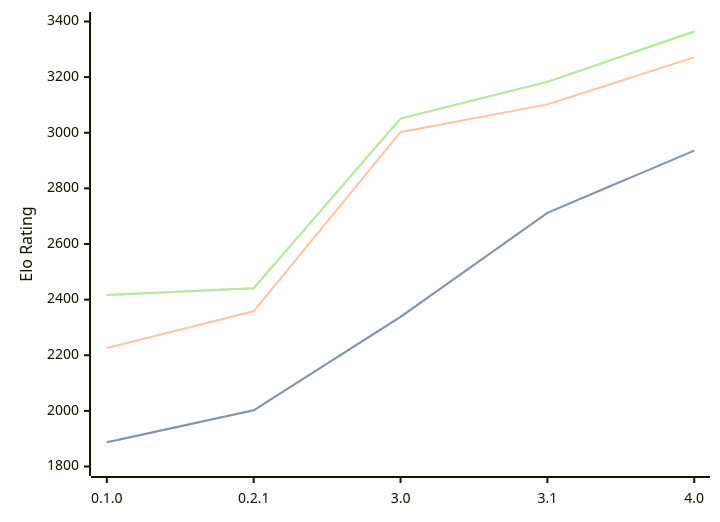
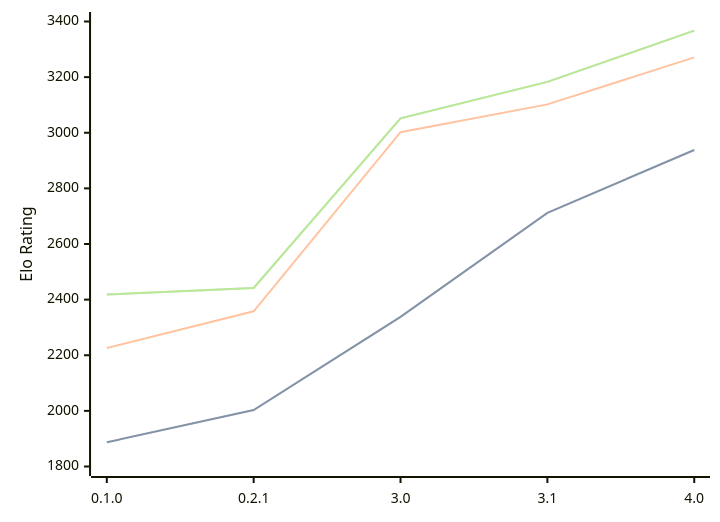
One commit to computer-chess-index/cci changed the diagram in engines/Sykora.md. Above: the diagram before and after it, drawn with Mermaid. The commit also changed other lines of this file, not shown here.

Commit message:
Update CCI Ratings (ELO VLTC) - 2026-08-29

````diff
--- a/engines/Sykora.md
+++ b/engines/Sykora.md
@@ -36,11 +36,11 @@
 ```mermaid
 %%{init: {"theme":"base","themeVariables":{"seriesColors:['#a3a3a3','#222221','#faa371']}}}%%
 xychart-beta
   x-axis ["0.1.0", "0.2.1", "3.0", "3.1", "4.0"]
   y-axis "Elo Rating" 1800 --> 3400
-  line "" [1887, 2002, 2338, 2712, 2936]
-  line "STC (8.0+0.08s)" [1887, 2002, 2338, 2712, 2936]
+  line "" [1887, 2003, 2338, 2712, 2938]
+  line "STC (8.0+0.08s)" [1887, 2003, 2338, 2712, 2938]
   line "LTC (60.0+0.60s)" [2226, 2358, 3002, 3102, 3271]
-  line "" [2417, 2441, 3051, 3183, 3364]
-  line "VLTC (2m24s+1.12s)" [2417, 2441, 3051, 3183, 3364]
+  line "" [2418, 2442, 3052, 3183, 3367]
+  line "VLTC (2m24s+1.12s)" [2418, 2442, 3052, 3183, 3367]
 ```
````
